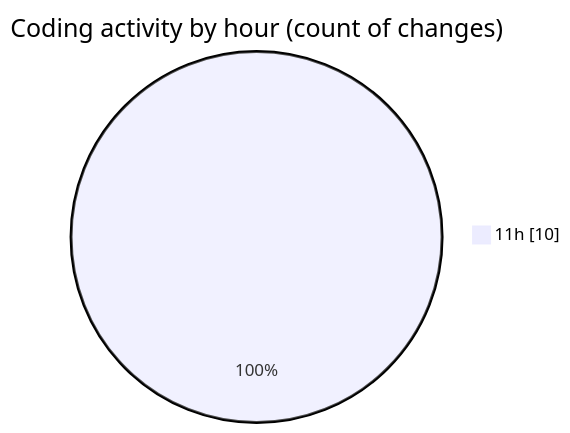
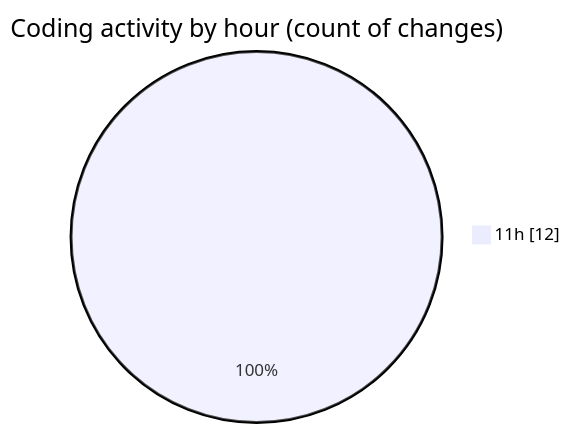
One commit to robertbonfada/code-tracking changed the second of 2 diagrams in 2025-03-01/test-digital-placa/README.md. Above: the diagram before and after it, drawn with Mermaid. The commit also changed other lines of this file and 1 other file, not shown here.

````diff
--- a/2025-03-01/test-digital-placa/README.md
+++ b/2025-03-01/test-digital-placa/README.md
@@ -28,5 +28,5 @@
 ```mermaid
 pie showData
 title Coding activity by hour (count of changes)
-"11h" : 10
+"11h" : 12
 ```
````
